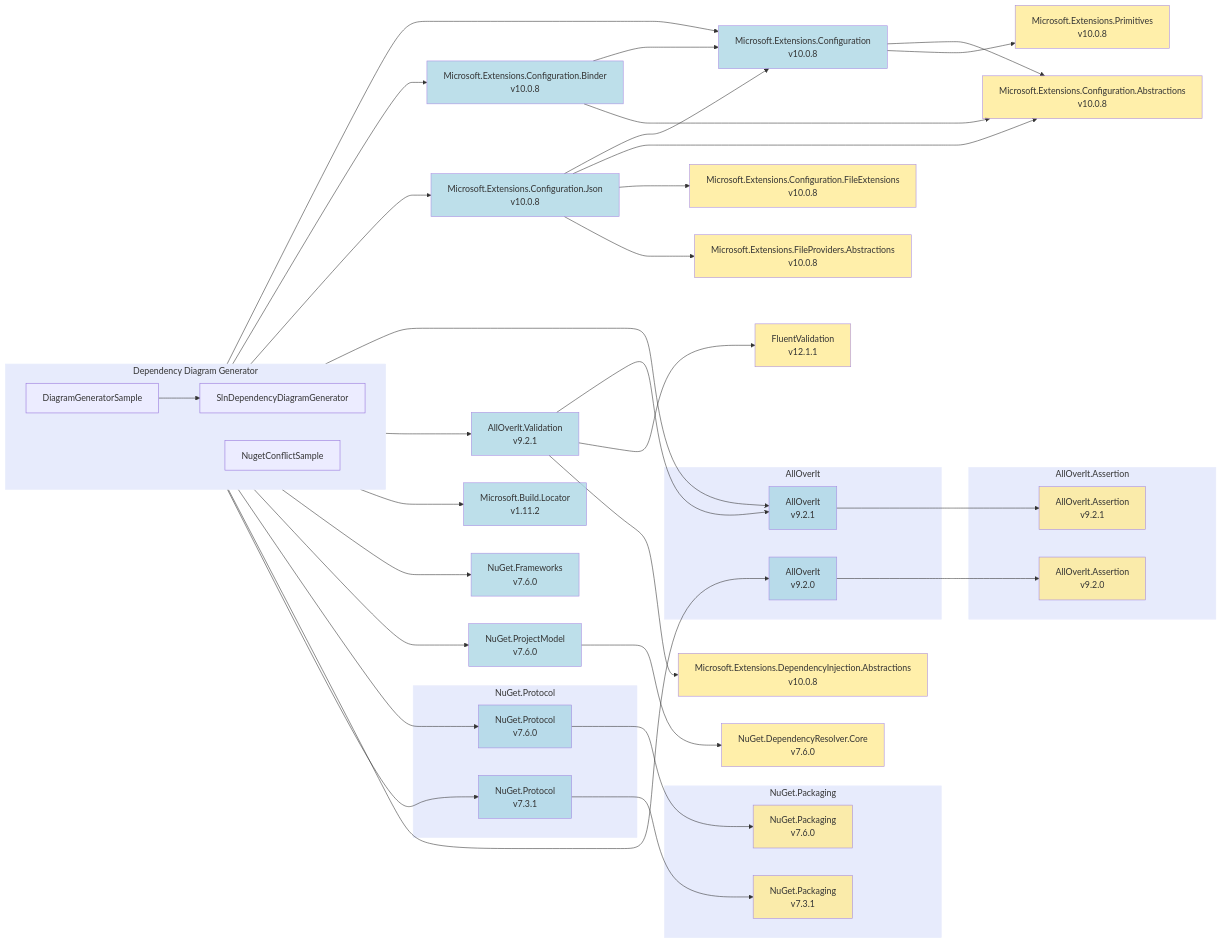
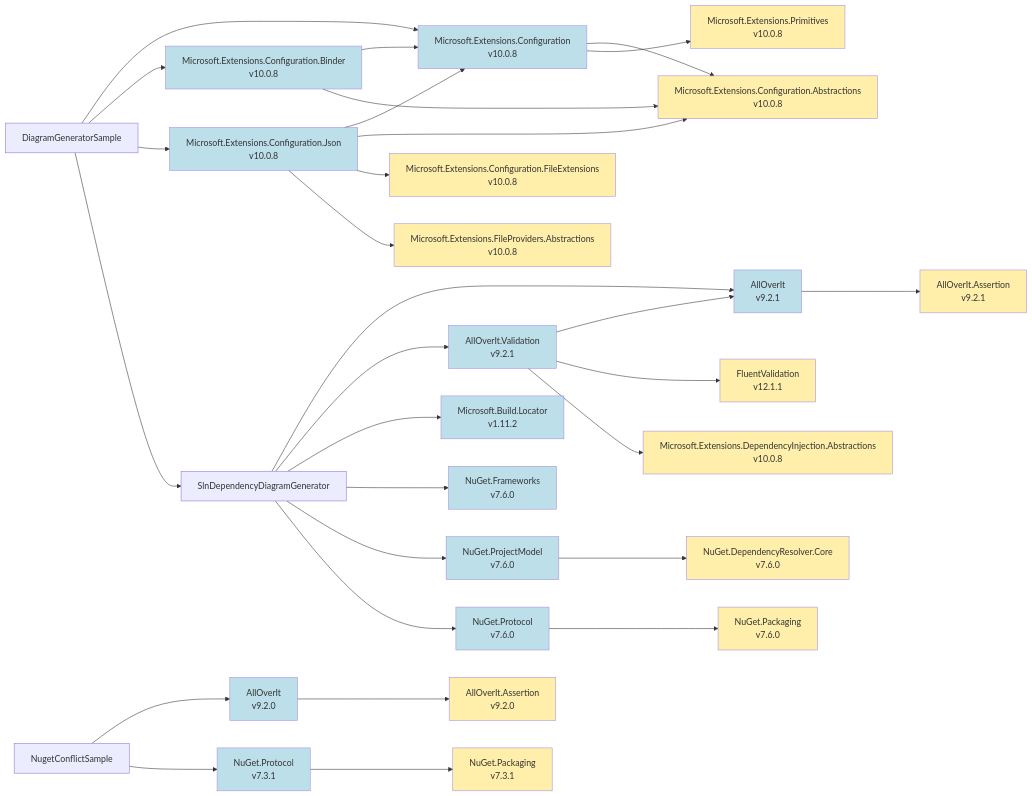
One commit to mjfreelancing/SlnDependencyDiagramGenerator changed the diagram in Samples/Output/net10.0/mmd/dependency diagram generator-all.mmd. Above: the diagram before and after it, drawn with Mermaid. The commit also changed 71 other files, not shown here.

Commit message:
Add support in sample app for config file overrides using env variable - allows per diagram config overrides

```diff
--- a/Samples/Output/net10.0/mmd/dependency diagram generator-all.mmd
+++ b/Samples/Output/net10.0/mmd/dependency diagram generator-all.mmd
@@ -1,92 +1,76 @@
 flowchart LR
-  subgraph ddg["Dependency Diagram Generator"]
-    direction LR
-    ddg_diagramgeneratorsample["DiagramGeneratorSample"]
-    ddg_slndependencydiagramgenerator["SlnDependencyDiagramGenerator"]
-    ddg_nugetconflictsample["NugetConflictSample"]
-  end
+  diagramgeneratorsample["DiagramGeneratorSample"]
   microsoft-extensions-configuration_10-0-8["Microsoft.Extensions.Configuration<br>v10.0.8"]
   microsoft-extensions-configuration-abstractions_10-0-8["Microsoft.Extensions.Configuration.Abstractions<br>v10.0.8"]
   microsoft-extensions-primitives_10-0-8["Microsoft.Extensions.Primitives<br>v10.0.8"]
   microsoft-extensions-configuration-binder_10-0-8["Microsoft.Extensions.Configuration.Binder<br>v10.0.8"]
   microsoft-extensions-configuration-json_10-0-8["Microsoft.Extensions.Configuration.Json<br>v10.0.8"]
   microsoft-extensions-configuration-fileextensions_10-0-8["Microsoft.Extensions.Configuration.FileExtensions<br>v10.0.8"]
   microsoft-extensions-fileproviders-abstractions_10-0-8["Microsoft.Extensions.FileProviders.Abstractions<br>v10.0.8"]
+  slndependencydiagramgenerator["SlnDependencyDiagramGenerator"]
+  alloverit_9-2-1["AllOverIt<br>v9.2.1"]
+  alloverit-assertion_9-2-1["AllOverIt.Assertion<br>v9.2.1"]
   alloverit-validation_9-2-1["AllOverIt.Validation<br>v9.2.1"]
   fluentvalidation_12-1-1["FluentValidation<br>v12.1.1"]
   microsoft-extensions-dependencyinjection-abstractions_10-0-8["Microsoft.Extensions.DependencyInjection.Abstractions<br>v10.0.8"]
   microsoft-build-locator_1-11-2["Microsoft.Build.Locator<br>v1.11.2"]
   nuget-frameworks_7-6-0["NuGet.Frameworks<br>v7.6.0"]
   nuget-projectmodel_7-6-0["NuGet.ProjectModel<br>v7.6.0"]
   nuget-dependencyresolver-core_7-6-0["NuGet.DependencyResolver.Core<br>v7.6.0"]
-  subgraph alloverit-group["AllOverIt"]
-      alloverit-group_alloverit_9-2-1["AllOverIt<br>v9.2.1"]
-      alloverit-group_alloverit_9-2-0["AllOverIt<br>v9.2.0"]
-    end
-  subgraph alloverit-assertion-group["AllOverIt.Assertion"]
-      alloverit-assertion-group_alloverit-assertion_9-2-1["AllOverIt.Assertion<br>v9.2.1"]
-      alloverit-assertion-group_alloverit-assertion_9-2-0["AllOverIt.Assertion<br>v9.2.0"]
-    end
-  subgraph nuget-protocol-group["NuGet.Protocol"]
-      nuget-protocol-group_nuget-protocol_7-6-0["NuGet.Protocol<br>v7.6.0"]
-      nuget-protocol-group_nuget-protocol_7-3-1["NuGet.Protocol<br>v7.3.1"]
-    end
-  subgraph nuget-packaging-group["NuGet.Packaging"]
-      nuget-packaging-group_nuget-packaging_7-6-0["NuGet.Packaging<br>v7.6.0"]
-      nuget-packaging-group_nuget-packaging_7-3-1["NuGet.Packaging<br>v7.3.1"]
-    end
-  ddg_diagramgeneratorsample --> microsoft-extensions-configuration_10-0-8
+  nuget-protocol_7-6-0["NuGet.Protocol<br>v7.6.0"]
+  nuget-packaging_7-6-0["NuGet.Packaging<br>v7.6.0"]
+  nugetconflictsample["NugetConflictSample"]
+  alloverit_9-2-0["AllOverIt<br>v9.2.0"]
+  alloverit-assertion_9-2-0["AllOverIt.Assertion<br>v9.2.0"]
+  nuget-protocol_7-3-1["NuGet.Protocol<br>v7.3.1"]
+  nuget-packaging_7-3-1["NuGet.Packaging<br>v7.3.1"]
+  diagramgeneratorsample --> microsoft-extensions-configuration_10-0-8
   microsoft-extensions-configuration_10-0-8 --> microsoft-extensions-configuration-abstractions_10-0-8
   microsoft-extensions-configuration_10-0-8 --> microsoft-extensions-primitives_10-0-8
-  ddg_diagramgeneratorsample --> microsoft-extensions-configuration-binder_10-0-8
+  diagramgeneratorsample --> microsoft-extensions-configuration-binder_10-0-8
   microsoft-extensions-configuration-binder_10-0-8 --> microsoft-extensions-configuration_10-0-8
   microsoft-extensions-configuration-binder_10-0-8 --> microsoft-extensions-configuration-abstractions_10-0-8
-  ddg_diagramgeneratorsample --> microsoft-extensions-configuration-json_10-0-8
+  diagramgeneratorsample --> microsoft-extensions-configuration-json_10-0-8
   microsoft-extensions-configuration-json_10-0-8 --> microsoft-extensions-configuration_10-0-8
   microsoft-extensions-configuration-json_10-0-8 --> microsoft-extensions-configuration-abstractions_10-0-8
   microsoft-extensions-configuration-json_10-0-8 --> microsoft-extensions-configuration-fileextensions_10-0-8
   microsoft-extensions-configuration-json_10-0-8 --> microsoft-extensions-fileproviders-abstractions_10-0-8
-  ddg_diagramgeneratorsample --> ddg_slndependencydiagramgenerator
-  ddg_slndependencydiagramgenerator --> alloverit-group_alloverit_9-2-1
-  alloverit-group_alloverit_9-2-1 --> alloverit-assertion-group_alloverit-assertion_9-2-1
-  ddg_slndependencydiagramgenerator --> alloverit-validation_9-2-1
-  alloverit-validation_9-2-1 --> alloverit-group_alloverit_9-2-1
+  diagramgeneratorsample --> slndependencydiagramgenerator
+  slndependencydiagramgenerator --> alloverit_9-2-1
+  alloverit_9-2-1 --> alloverit-assertion_9-2-1
+  slndependencydiagramgenerator --> alloverit-validation_9-2-1
+  alloverit-validation_9-2-1 --> alloverit_9-2-1
   alloverit-validation_9-2-1 --> fluentvalidation_12-1-1
   alloverit-validation_9-2-1 --> microsoft-extensions-dependencyinjection-abstractions_10-0-8
-  ddg_slndependencydiagramgenerator --> microsoft-build-locator_1-11-2
-  ddg_slndependencydiagramgenerator --> nuget-frameworks_7-6-0
-  ddg_slndependencydiagramgenerator --> nuget-projectmodel_7-6-0
+  slndependencydiagramgenerator --> microsoft-build-locator_1-11-2
+  slndependencydiagramgenerator --> nuget-frameworks_7-6-0
+  slndependencydiagramgenerator --> nuget-projectmodel_7-6-0
   nuget-projectmodel_7-6-0 --> nuget-dependencyresolver-core_7-6-0
-  ddg_slndependencydiagramgenerator --> nuget-protocol-group_nuget-protocol_7-6-0
-  nuget-protocol-group_nuget-protocol_7-6-0 --> nuget-packaging-group_nuget-packaging_7-6-0
-  ddg_nugetconflictsample --> alloverit-group_alloverit_9-2-0
-  alloverit-group_alloverit_9-2-0 --> alloverit-assertion-group_alloverit-assertion_9-2-0
-  ddg_nugetconflictsample --> nuget-protocol-group_nuget-protocol_7-3-1
-  nuget-protocol-group_nuget-protocol_7-3-1 --> nuget-packaging-group_nuget-packaging_7-3-1
-  style ddg fill:#E7EBFC,stroke:#E7EBFC,stroke-width:1px,opacity:1
-  style alloverit-group fill:#E7EBFC,stroke:#E7EBFC,stroke-width:1px,opacity:1
-  style alloverit-assertion-group fill:#E7EBFC,stroke:#E7EBFC,stroke-width:1px,opacity:1
-  style nuget-protocol-group fill:#E7EBFC,stroke:#E7EBFC,stroke-width:1px,opacity:1
-  style nuget-packaging-group fill:#E7EBFC,stroke:#E7EBFC,stroke-width:1px,opacity:1
+  slndependencydiagramgenerator --> nuget-protocol_7-6-0
+  nuget-protocol_7-6-0 --> nuget-packaging_7-6-0
+  nugetconflictsample --> alloverit_9-2-0
+  alloverit_9-2-0 --> alloverit-assertion_9-2-0
+  nugetconflictsample --> nuget-protocol_7-3-1
+  nuget-protocol_7-3-1 --> nuget-packaging_7-3-1
   style microsoft-extensions-configuration_10-0-8 fill:#ADD8E6,opacity:0.8
   style microsoft-extensions-configuration-abstractions_10-0-8 fill:#FFEC96,opacity:0.8
   style microsoft-extensions-primitives_10-0-8 fill:#FFEC96,opacity:0.8
   style microsoft-extensions-configuration-binder_10-0-8 fill:#ADD8E6,opacity:0.8
   style microsoft-extensions-configuration-json_10-0-8 fill:#ADD8E6,opacity:0.8
   style microsoft-extensions-configuration-fileextensions_10-0-8 fill:#FFEC96,opacity:0.8
   style microsoft-extensions-fileproviders-abstractions_10-0-8 fill:#FFEC96,opacity:0.8
-  style alloverit-group_alloverit_9-2-1 fill:#ADD8E6,opacity:0.8
-  style alloverit-assertion-group_alloverit-assertion_9-2-1 fill:#FFEC96,opacity:0.8
+  style alloverit_9-2-1 fill:#ADD8E6,opacity:0.8
+  style alloverit-assertion_9-2-1 fill:#FFEC96,opacity:0.8
   style alloverit-validation_9-2-1 fill:#ADD8E6,opacity:0.8
   style fluentvalidation_12-1-1 fill:#FFEC96,opacity:0.8
   style microsoft-extensions-dependencyinjection-abstractions_10-0-8 fill:#FFEC96,opacity:0.8
   style microsoft-build-locator_1-11-2 fill:#ADD8E6,opacity:0.8
   style nuget-frameworks_7-6-0 fill:#ADD8E6,opacity:0.8
   style nuget-projectmodel_7-6-0 fill:#ADD8E6,opacity:0.8
   style nuget-dependencyresolver-core_7-6-0 fill:#FFEC96,opacity:0.8
-  style nuget-protocol-group_nuget-protocol_7-6-0 fill:#ADD8E6,opacity:0.8
-  style nuget-packaging-group_nuget-packaging_7-6-0 fill:#FFEC96,opacity:0.8
-  style alloverit-group_alloverit_9-2-0 fill:#ADD8E6,opacity:0.8
-  style alloverit-assertion-group_alloverit-assertion_9-2-0 fill:#FFEC96,opacity:0.8
-  style nuget-protocol-group_nuget-protocol_7-3-1 fill:#ADD8E6,opacity:0.8
-  style nuget-packaging-group_nuget-packaging_7-3-1 fill:#FFEC96,opacity:0.8
+  style nuget-protocol_7-6-0 fill:#ADD8E6,opacity:0.8
+  style nuget-packaging_7-6-0 fill:#FFEC96,opacity:0.8
+  style alloverit_9-2-0 fill:#ADD8E6,opacity:0.8
+  style alloverit-assertion_9-2-0 fill:#FFEC96,opacity:0.8
+  style nuget-protocol_7-3-1 fill:#ADD8E6,opacity:0.8
+  style nuget-packaging_7-3-1 fill:#FFEC96,opacity:0.8
```
